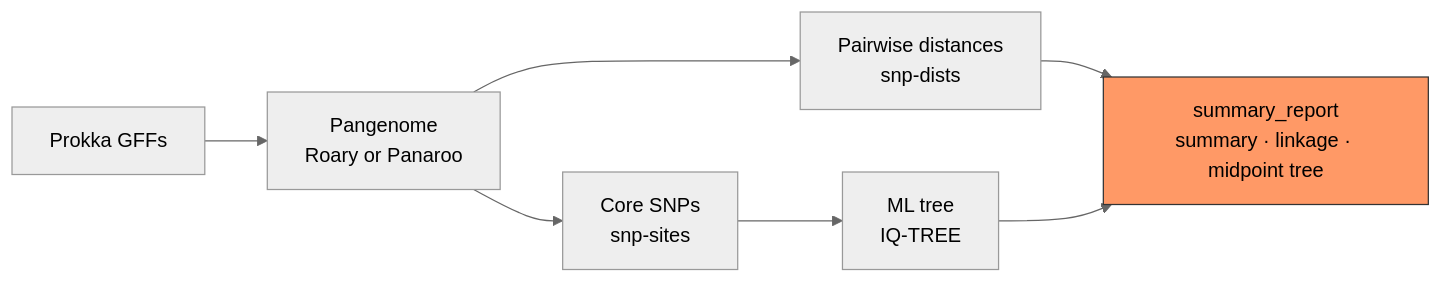
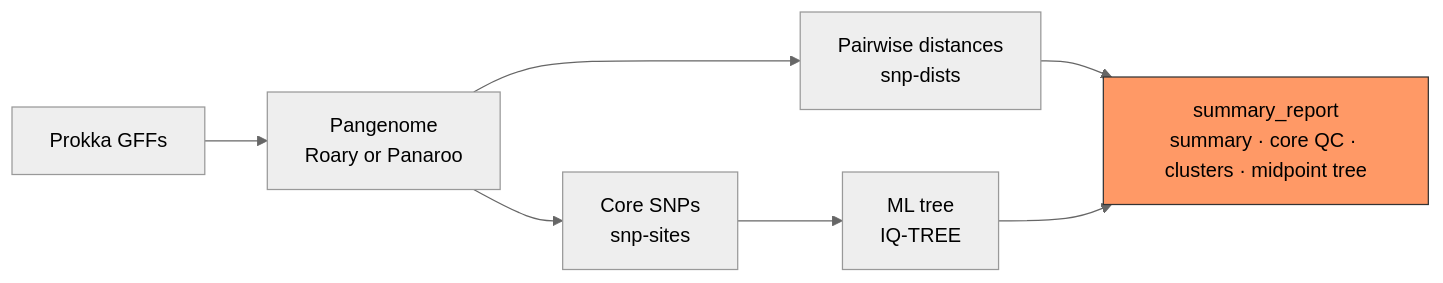
Before and after one commit to BPHL-Molecular/Talbot: the diagram in README.md, drawn with Mermaid (neutral theme). The commit also changed other lines of this file and 6 other files, not shown here.

Commit message:
Add SNP threshold clusters and per-sample core QC report

````diff
--- a/README.md
+++ b/README.md
@@ -92,11 +105,11 @@
 ```mermaid
 flowchart LR
     IN[Prokka GFFs] --> PAN["Pangenome<br/>Roary or Panaroo"]
     PAN --> SNP["Core SNPs<br/>snp-sites"]
     PAN --> DIST["Pairwise distances<br/>snp-dists"]
     SNP --> TREE["ML tree<br/>IQ-TREE"]
-    DIST --> REP["summary_report<br/>summary · linkage · midpoint tree"]
+    DIST --> REP["summary_report<br/>summary · core QC · clusters · midpoint tree"]
     TREE --> REP
 
     style REP fill:#f96,stroke:#333,color:#000
 ```
````
